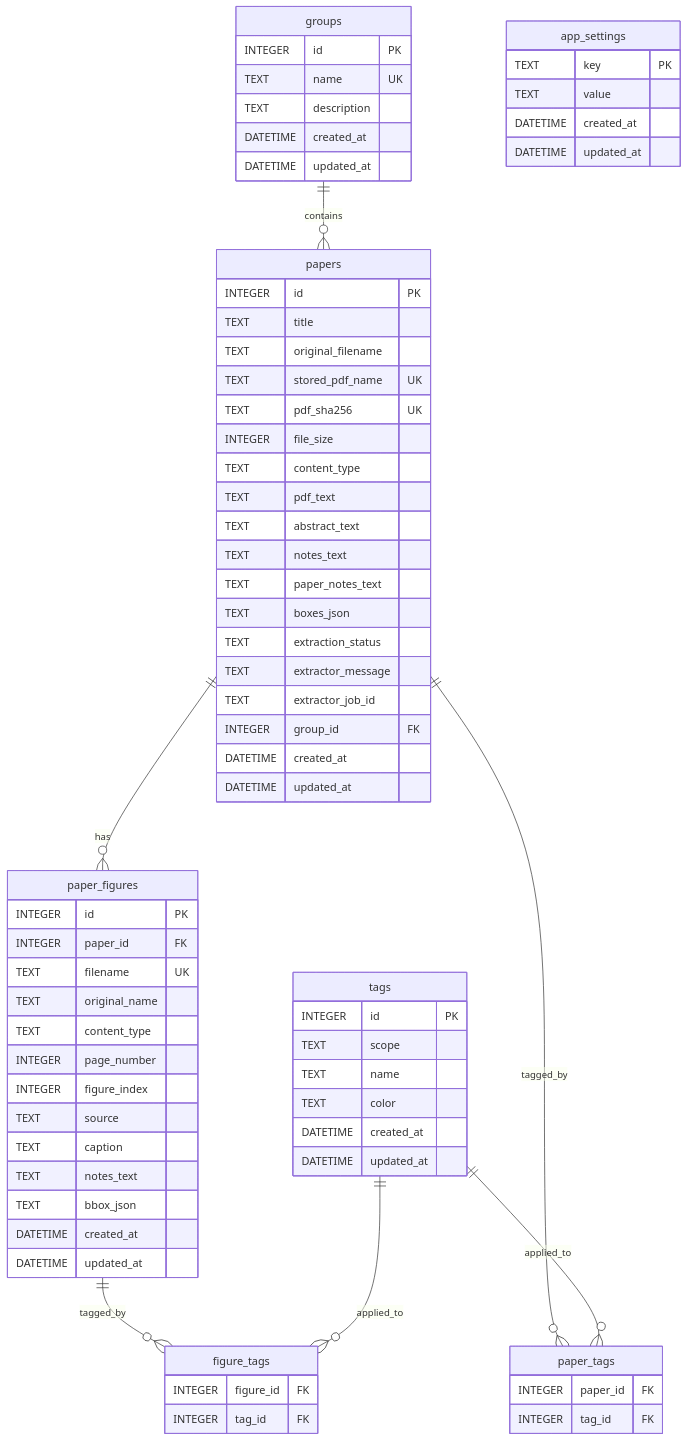
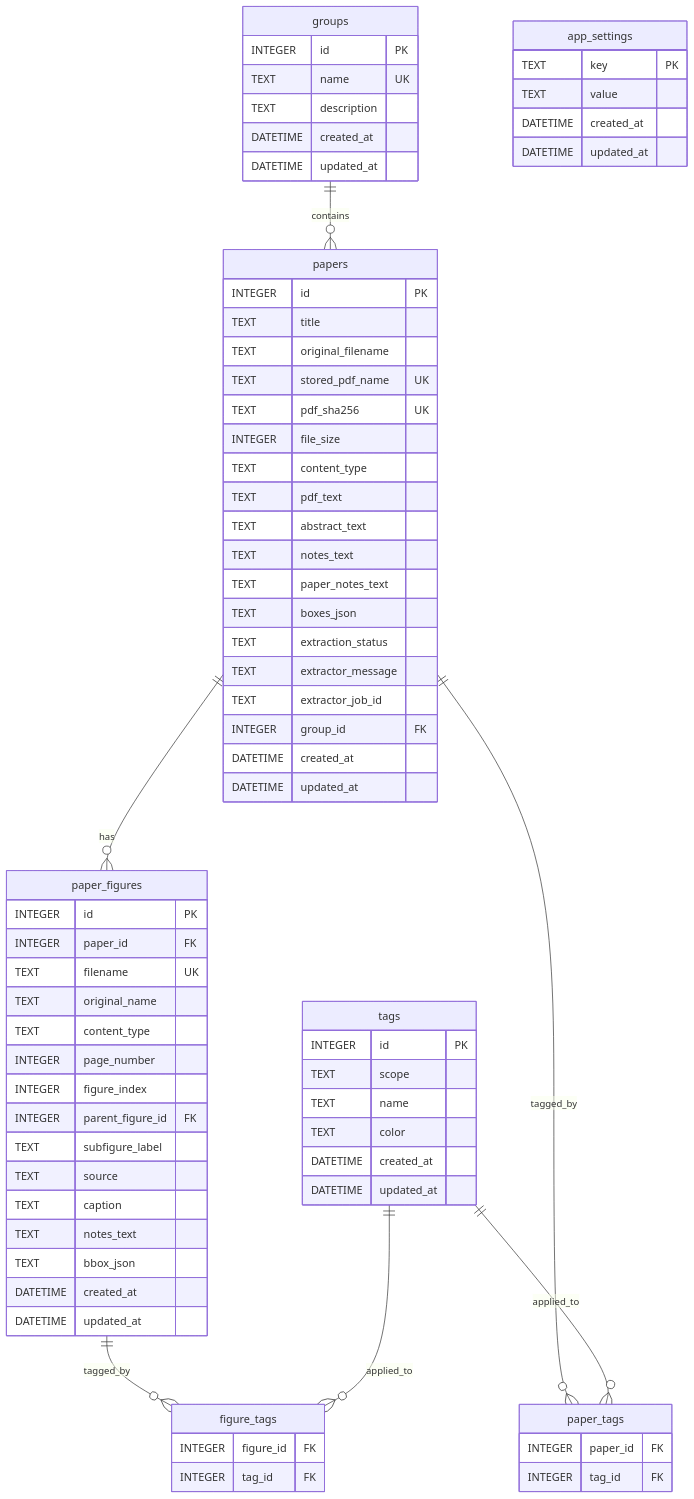
The diagram in docs/database.md (xuzhougeng/citebox), drawn with Mermaid before and after one commit. The commit also changed other lines of this file and 18 other files, not shown here.

Commit message:
Add subfigure extraction from figure viewer

````diff
--- a/docs/database.md
+++ b/docs/database.md
@@ -15,80 +15,82 @@
 ```mermaid
 erDiagram
     groups ||--o{ papers : contains
     papers ||--o{ paper_figures : has
     papers ||--o{ paper_tags : tagged_by
     tags ||--o{ paper_tags : applied_to
     paper_figures ||--o{ figure_tags : tagged_by
     tags ||--o{ figure_tags : applied_to
 
     groups {
         INTEGER id PK
         TEXT name UK
         TEXT description
         DATETIME created_at
         DATETIME updated_at
     }
 
     papers {
         INTEGER id PK
         TEXT title
         TEXT original_filename
         TEXT stored_pdf_name UK
         TEXT pdf_sha256 UK
         INTEGER file_size
         TEXT content_type
         TEXT pdf_text
         TEXT abstract_text
         TEXT notes_text
         TEXT paper_notes_text
         TEXT boxes_json
         TEXT extraction_status
         TEXT extractor_message
         TEXT extractor_job_id
         INTEGER group_id FK
         DATETIME created_at
         DATETIME updated_at
     }
 
     paper_figures {
         INTEGER id PK
         INTEGER paper_id FK
         TEXT filename UK
         TEXT original_name
         TEXT content_type
         INTEGER page_number
         INTEGER figure_index
+        INTEGER parent_figure_id FK
+        TEXT subfigure_label
         TEXT source
         TEXT caption
         TEXT notes_text
         TEXT bbox_json
         DATETIME created_at
         DATETIME updated_at
     }
 
     tags {
         INTEGER id PK
         TEXT scope
         TEXT name
         TEXT color
         DATETIME created_at
         DATETIME updated_at
     }
 
     paper_tags {
         INTEGER paper_id FK
         INTEGER tag_id FK
     }
 
     figure_tags {
         INTEGER figure_id FK
         INTEGER tag_id FK
     }
 
     app_settings {
         TEXT key PK
         TEXT value
         DATETIME created_at
         DATETIME updated_at
     }
 ```
````
